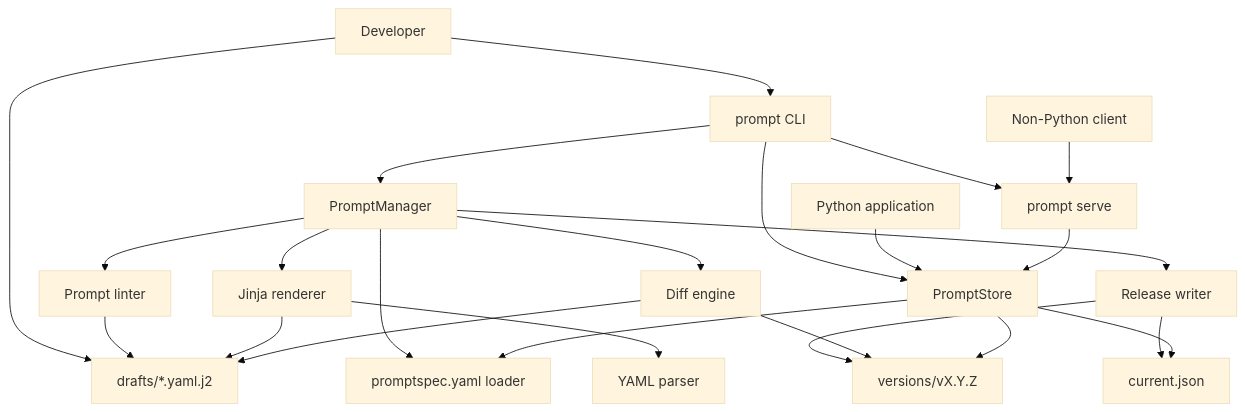
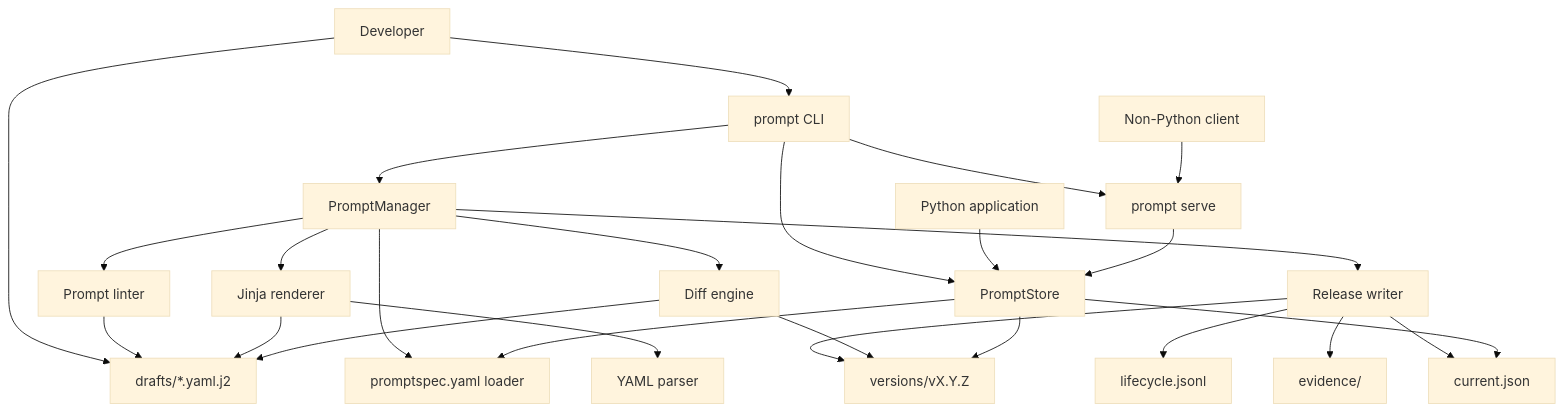
The first of 5 diagrams in dev-docs/ARCHITECTURE.md (hsanchez/promptory), drawn with Mermaid (base theme) before and after one commit. The commit also changed other lines of this file and 12 other files, not shown here.

````diff
--- a/dev-docs/ARCHITECTURE.md
+++ b/dev-docs/ARCHITECTURE.md
@@ -9,30 +9,32 @@
 ```mermaid
 flowchart TD
   Developer[Developer] --> Drafts[drafts/*.yaml.j2]
   Developer --> CLI[prompt CLI]
 
   CLI --> Manager[PromptManager]
   CLI --> Store[PromptStore]
   CLI --> Service[prompt serve]
 
   Manager --> Spec[promptspec.yaml loader]
   Manager --> Linter[Prompt linter]
   Manager --> Renderer[Jinja renderer]
   Manager --> Release[Release writer]
   Manager --> Diff[Diff engine]
 
   Linter --> Drafts
   Renderer --> Drafts
   Renderer --> YAML[YAML parser]
   Release --> Versions[versions/vX.Y.Z]
+  Release --> Lifecycle[lifecycle.jsonl]
+  Release --> Evidence[evidence/]
   Release --> Current[current.json]
   Diff --> Drafts
   Diff --> Versions
 
   App[Python application] --> Store
   HTTP[Non-Python client] --> Service
   Service --> Store
   Store --> Spec
   Store --> Current
   Store --> Versions
 ```
````
